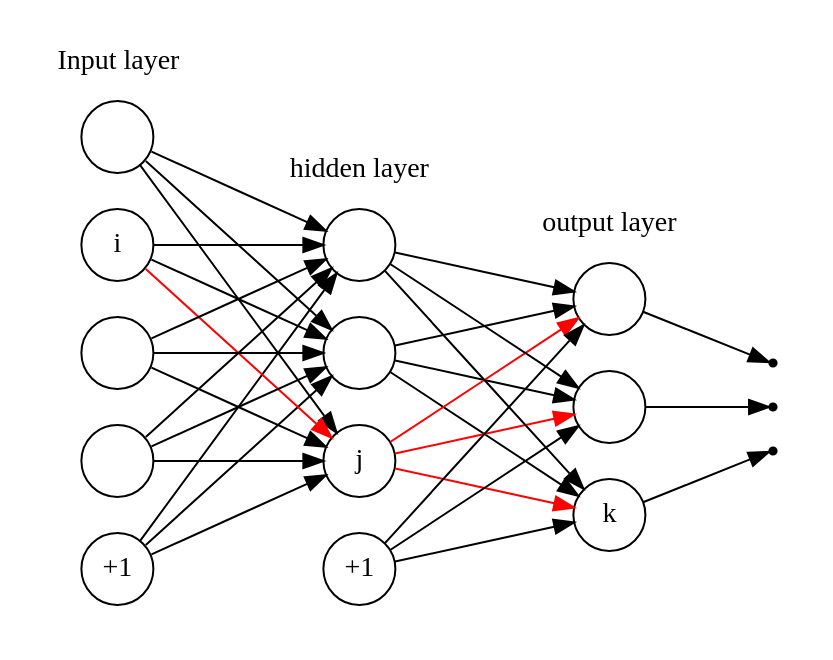
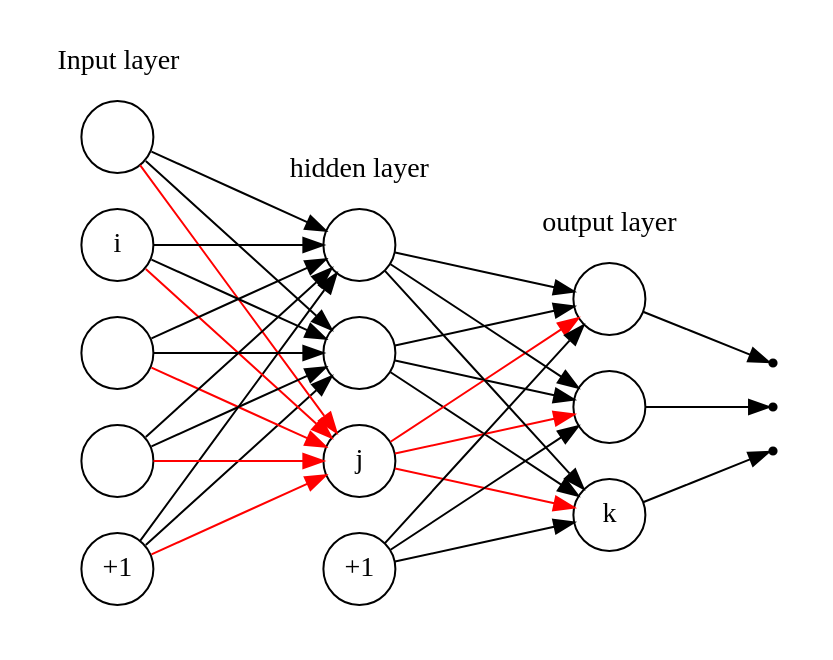
Before and after one commit to nzw0301/nzw0301.github.io: the diagram in images/nn2.dot, drawn with Graphviz. The commit also changed 1 other file, not shown here.

```diff
--- a/images/nn2.dot
+++ b/images/nn2.dot
@@ -1,60 +1,60 @@
 digraph G {
   ordering="out";
         rankdir=LR
 	splines=line
         
         node [fixedsize=true];
 
         subgraph cluster_0 {
 		color=white;
 		node [style=solid, shape=circle];
 		b1 x1 x2 x3 x4 ;
 		label = "Input layer";
 	}
 
 	subgraph cluster_1 {
 		color=white;
 		node [style=solid, shape=circle];
 		a b c b2;
 		label = "hidden layer";
 	}
 
 	subgraph cluster_2 {
 		color=white;
 		node [style=solid, shape=circle];
 		o0 o1 o2;
 		label="output layer";
 	}
 
 	subgraph cluster_3 {
 		color=white;
 		node [shape=point];
 		u,v,w;
 	}
 
         
         b1, b2 [label="+1"];
         o0,o2,a,c [label=""]
         b [label="j"]
         o1 [label="k"]
         x1,x3,x4 [label=""]
         x2 [label="i"]
         b -> o0,o1,o2 [color = red];
         
         a,c,b2 -> o0,o1,o2;
         o0 -> u;
         o2 -> w;
         
         o1 -> v;
         
         
         
-      
-        x1 -> a,b,c;
+            
+        x1 -> a,c;
         x2 -> a,c;
-        x2 -> b [color = red];
-        x3 -> a,b,c;
-        x4 -> a,b,c;
-        b1 -> a,b,c;
+        x1,x2,x3,x4,b1 -> b [color = red];
+        x3 -> a,c;
+        x4 -> a,c;
+        b1 -> a,c;
         
 }
```
